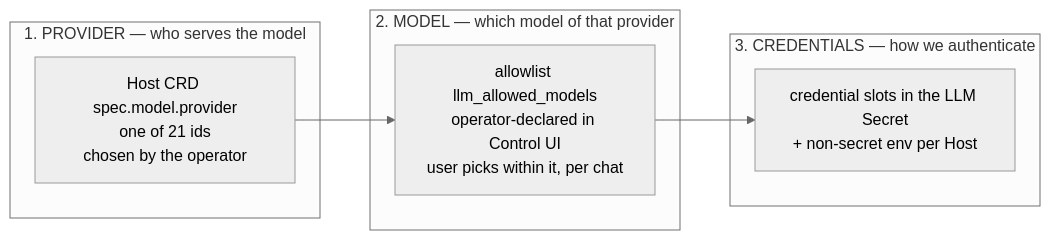
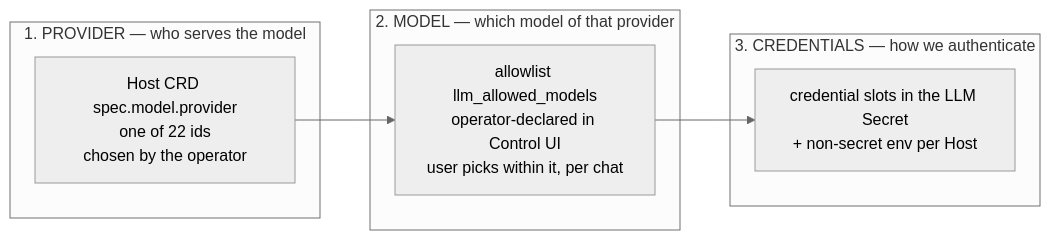
Before and after one commit to evenfire-ai/evenfire: the first of 2 diagrams in docs/llm-providers/README.md, drawn with Mermaid (neutral theme). The commit also changed other lines of this file and 24 other files, not shown here.

````diff
--- a/docs/llm-providers/README.md
+++ b/docs/llm-providers/README.md
@@ -22,13 +22,13 @@
 ```mermaid
 flowchart LR
   subgraph P["1. PROVIDER — who serves the model"]
-    P1["Host CRD spec.model.provider<br/>one of 21 ids<br/>chosen by the operator"]
+    P1["Host CRD spec.model.provider<br/>one of 22 ids<br/>chosen by the operator"]
   end
   subgraph M["2. MODEL — which model of that provider"]
     M1["allowlist llm_allowed_models<br/>operator-declared in Control UI<br/>user picks within it, per chat"]
   end
   subgraph C["3. CREDENTIALS — how we authenticate"]
     C1["credential slots in the LLM Secret<br/>+ non-secret env per Host"]
   end
   P1 --> M1 --> C1
 ```
````
